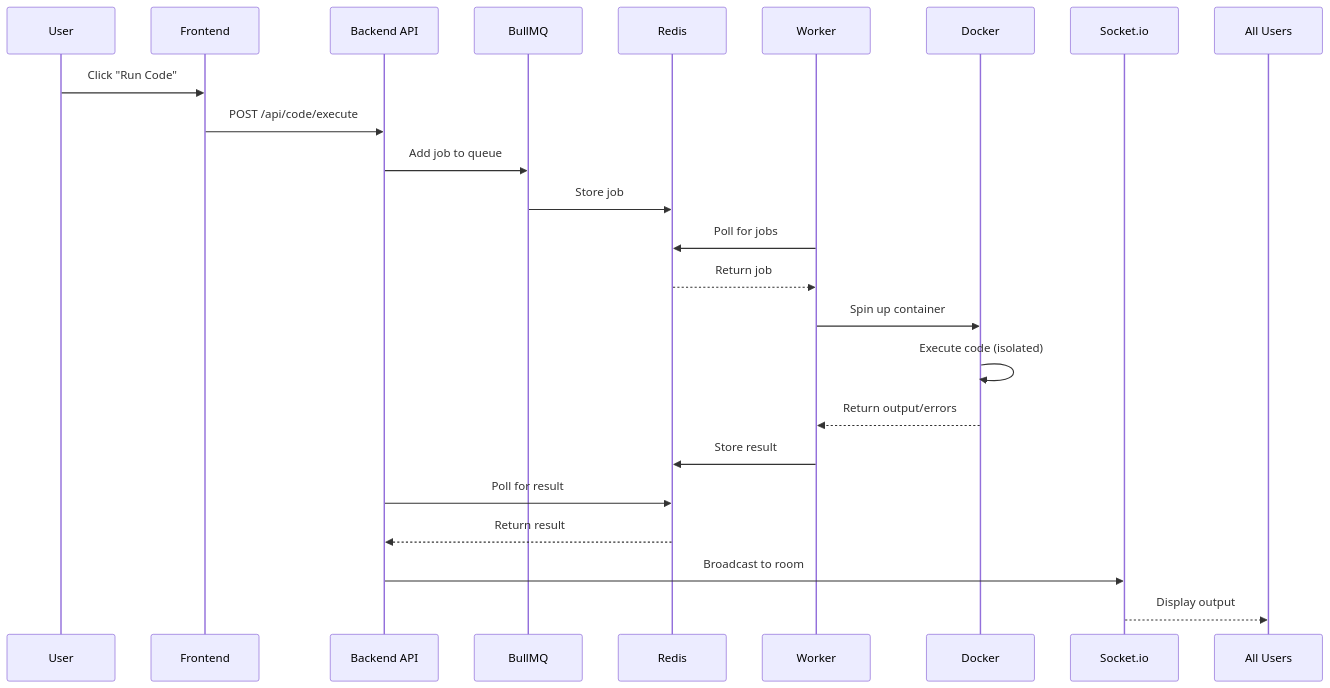
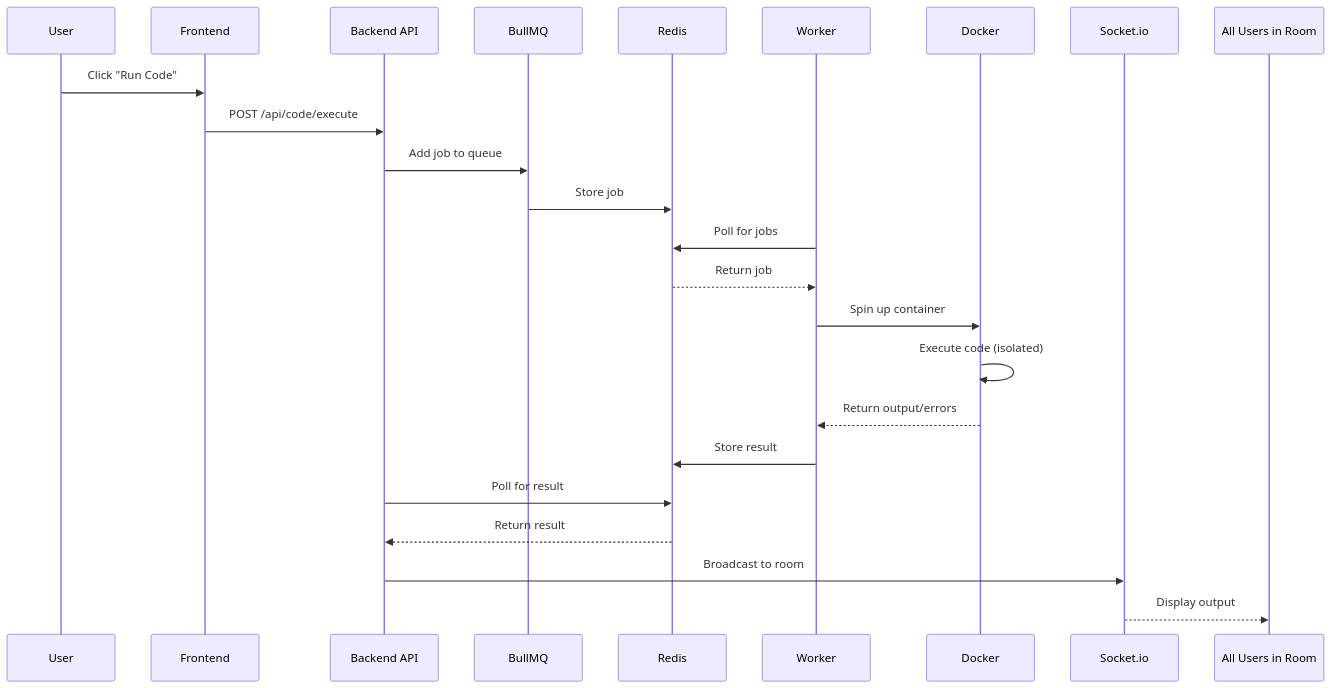
Before and after one commit to pragatmittal/CodeMitra: the third of 3 diagrams in README.md, drawn with Mermaid. The commit also changed other lines of this file, not shown here.

Commit message:
Update README.md to improve sequence diagrams and architecture image path

````diff
--- a/README.md
+++ b/README.md
@@ -233,17 +247,27 @@
 ```mermaid
 sequenceDiagram
+    participant User
+    participant Frontend
+    participant BackendAPI as Backend API
+    participant BullMQ
+    participant Redis
+    participant Worker
+    participant Docker
+    participant SocketIO as Socket.io
+    participant AllUsers as All Users in Room
+    
     User->>Frontend: Click "Run Code"
-    Frontend->>Backend API: POST /api/code/execute
-    Backend API->>BullMQ: Add job to queue
+    Frontend->>BackendAPI: POST /api/code/execute
+    BackendAPI->>BullMQ: Add job to queue
     BullMQ->>Redis: Store job
     Worker->>Redis: Poll for jobs
     Redis-->>Worker: Return job
     Worker->>Docker: Spin up container
     Docker->>Docker: Execute code (isolated)
     Docker-->>Worker: Return output/errors
     Worker->>Redis: Store result
-    Backend API->>Redis: Poll for result
-    Redis-->>Backend API: Return result
-    Backend API->>Socket.io: Broadcast to room
-    Socket.io-->>All Users: Display output
+    BackendAPI->>Redis: Poll for result
+    Redis-->>BackendAPI: Return result
+    BackendAPI->>SocketIO: Broadcast to room
+    SocketIO-->>AllUsers: Display output
 ```
````
